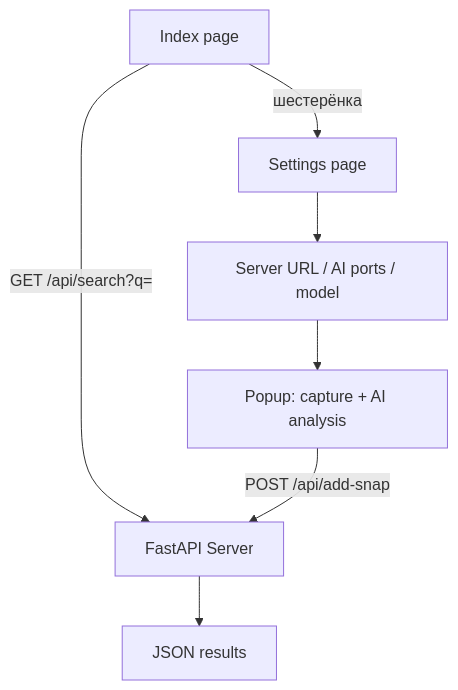
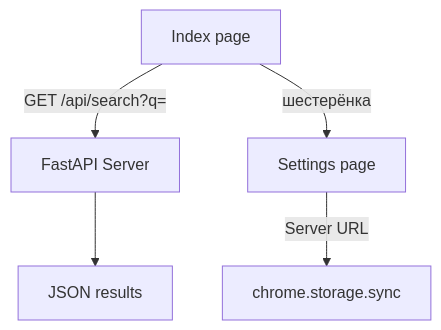
The diagram in README.md (OlegUshakov-pl/APEX-Snap-Chrome-Extension), drawn with Mermaid before and after one commit. The commit also changed other lines of this file and 7 other files, not shown here.

````diff
--- a/README.md
+++ b/README.md
@@ -76,9 +67,7 @@
 ```mermaid
 graph TD
     A[Index page] -->|GET /api/search?q=| B[FastAPI Server]
     B --> C[JSON results]
     A -->|шестерёнка| D[Settings page]
-    D --> E[Server URL / AI ports / model]
-    E --> F[Popup: capture + AI analysis]
-    F -->|POST /api/add-snap| B
+    D -->|Server URL| E[chrome.storage.sync]
 ```
````
